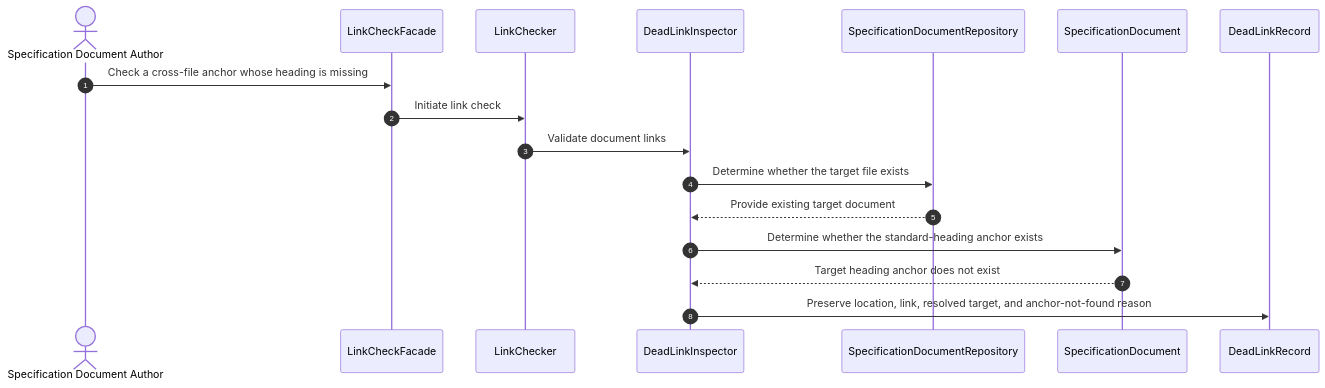
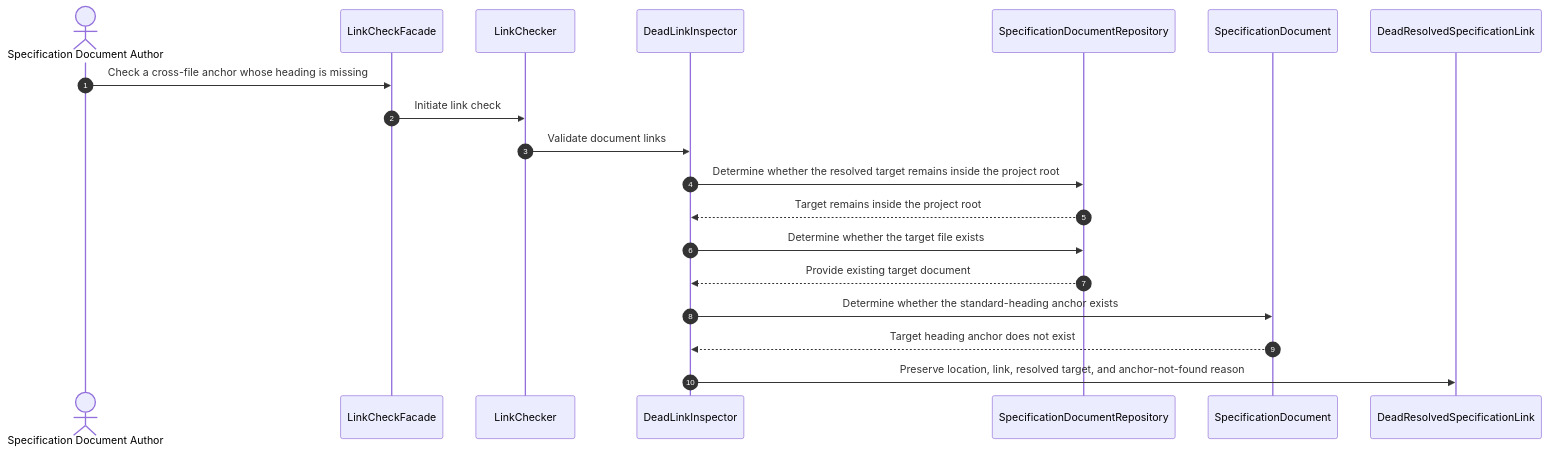
Diagram 20 of 43 in specs/md-linkage/design.md (huang-xiao-jian/bluey), drawn with Mermaid before and after one commit. The commit also changed other lines of this file and 10 other files, not shown here.

Commit message:
docs(md-linkage): unify resolved link outcomes

````diff
--- a/specs/md-linkage/design.md
+++ b/specs/md-linkage/design.md
@@ -670,20 +718,22 @@
 ```mermaid
 sequenceDiagram
     autonumber
     actor Author as Specification Document Author
     participant Submission as LinkCheckFacade
     participant Check as LinkChecker
     participant Detection as DeadLinkInspector
     participant Access as SpecificationDocumentRepository
     participant Target as SpecificationDocument
-    participant Record as DeadLinkRecord
+    participant Record as DeadResolvedSpecificationLink
 
     Author->>Submission: Check a cross-file anchor whose heading is missing
     Submission->>Check: Initiate link check
     Check->>Detection: Validate document links
+    Detection->>Access: Determine whether the resolved target remains inside the project root
+    Access-->>Detection: Target remains inside the project root
     Detection->>Access: Determine whether the target file exists
     Access-->>Detection: Provide existing target document
     Detection->>Target: Determine whether the standard-heading anchor exists
     Target-->>Detection: Target heading anchor does not exist
     Detection->>Record: Preserve location, link, resolved target, and anchor-not-found reason
 ```
````
